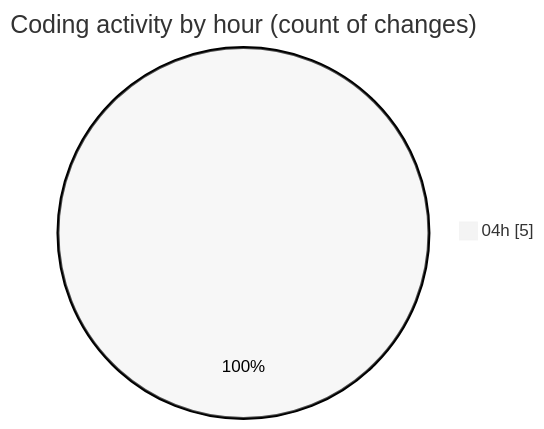
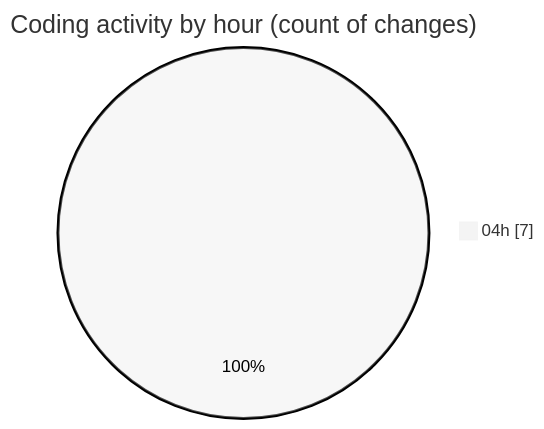
The second of 2 diagrams in 2025-03-27/autodidak/README.md (idhammustaqopulfikri/code-tracking), drawn with Mermaid (neutral theme) before and after one commit. The commit also changed other lines of this file and 1 other file, not shown here.

````diff
--- a/2025-03-27/autodidak/README.md
+++ b/2025-03-27/autodidak/README.md
@@ -30,5 +30,5 @@
 ```mermaid
 pie showData
 title Coding activity by hour (count of changes)
-"04h" : 5
+"04h" : 7
 ```
````
